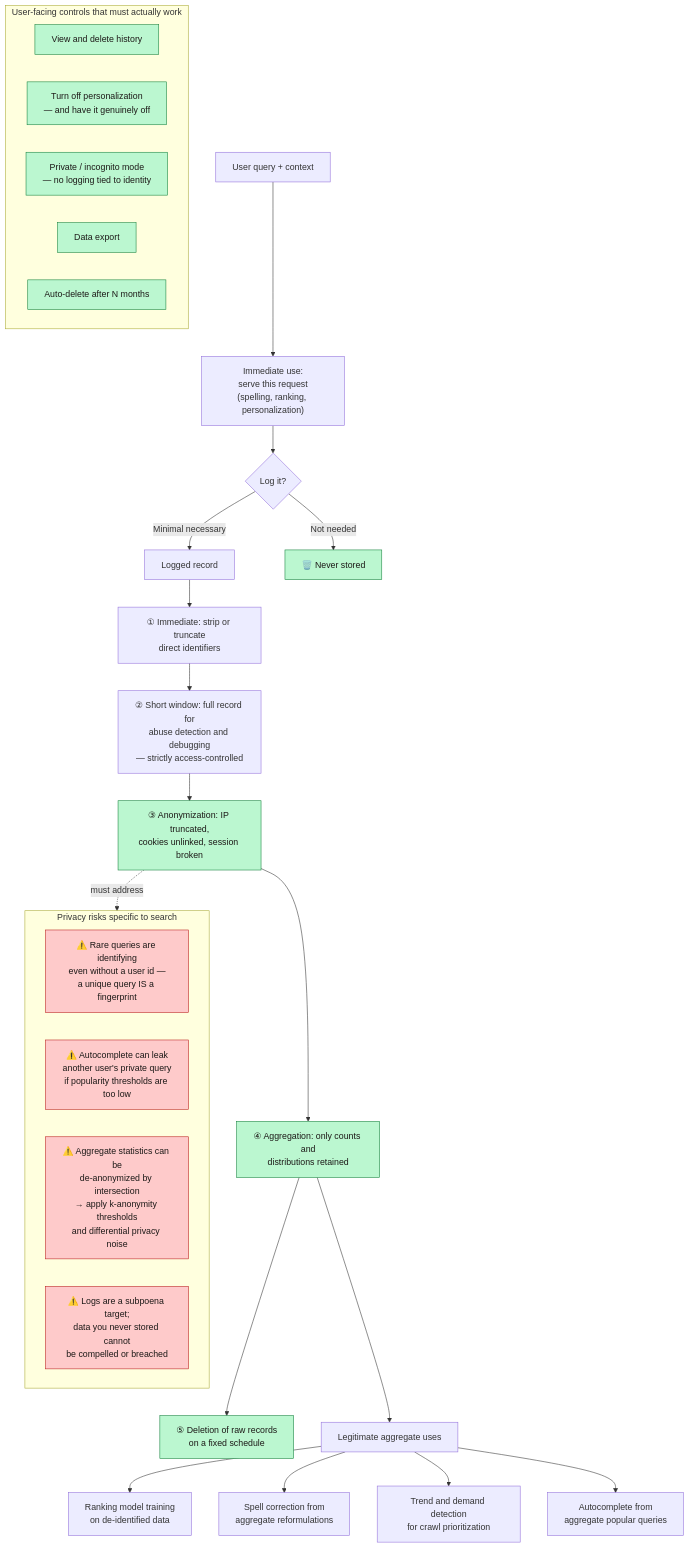
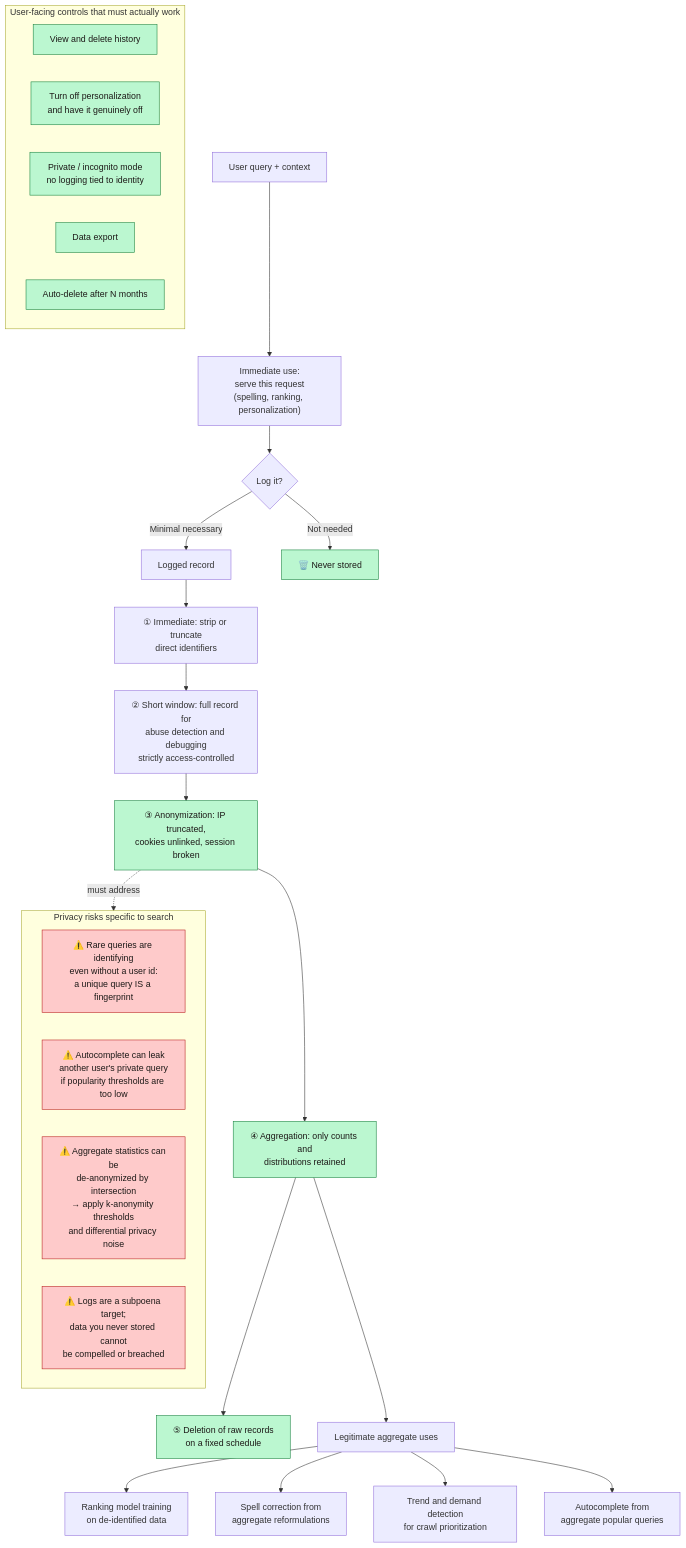
The fourth of 4 diagrams in docs/en/14-security-abuse.md (ahmedselimmansor-ctrl/google-search-system-design), drawn with Mermaid before and after one commit. The commit also changed other lines of this file and 89 other files, not shown here.

````diff
--- a/docs/en/14-security-abuse.md
+++ b/docs/en/14-security-abuse.md
@@ -205,42 +205,42 @@
 ```mermaid
 flowchart TB
     Q["User query + context"] --> USE1["Immediate use:<br/>serve this request<br/>(spelling, ranking, personalization)"]
 
     USE1 --> LOG{"Log it?"}
     LOG -->|"Minimal necessary"| L1["Logged record"]
     LOG -->|"Not needed"| DROP["🗑️ Never stored"]
 
     L1 --> P1["① Immediate: strip or truncate<br/>direct identifiers"]
-    P1 --> P2["② Short window: full record for<br/>abuse detection and debugging<br/>— strictly access-controlled"]
+    P1 --> P2["② Short window: full record for<br/>abuse detection and debugging<br/>strictly access-controlled"]
     P2 --> P3["③ Anonymization: IP truncated,<br/>cookies unlinked, session broken"]
     P3 --> P4["④ Aggregation: only counts and<br/>distributions retained"]
     P4 --> P5["⑤ Deletion of raw records<br/>on a fixed schedule"]
 
     P4 --> USES["Legitimate aggregate uses"]
     USES --> U1["Ranking model training<br/>on de-identified data"]
     USES --> U2["Spell correction from<br/>aggregate reformulations"]
     USES --> U3["Trend and demand detection<br/>for crawl prioritization"]
     USES --> U4["Autocomplete from<br/>aggregate popular queries"]
 
     subgraph CONTROLS["User-facing controls that must actually work"]
         UC1["View and delete history"]
-        UC2["Turn off personalization<br/>— and have it genuinely off"]
-        UC3["Private / incognito mode<br/>— no logging tied to identity"]
+        UC2["Turn off personalization<br/>and have it genuinely off"]
+        UC3["Private / incognito mode<br/>no logging tied to identity"]
         UC4["Data export"]
         UC5["Auto-delete after N months"]
     end
 
     subgraph RISKS["Privacy risks specific to search"]
-        R1["⚠️ Rare queries are identifying<br/>even without a user id —<br/>a unique query IS a fingerprint"]
+        R1["⚠️ Rare queries are identifying<br/>even without a user id:<br/>a unique query IS a fingerprint"]
         R2["⚠️ Autocomplete can leak<br/>another user's private query<br/>if popularity thresholds are too low"]
         R3["⚠️ Aggregate statistics can be<br/>de-anonymized by intersection<br/>→ apply k-anonymity thresholds<br/>and differential privacy noise"]
         R4["⚠️ Logs are a subpoena target;<br/>data you never stored cannot<br/>be compelled or breached"]
     end
 
     P3 -.must address.-> RISKS
 
     classDef safe fill:#bbf7d0,stroke:#15803d,color:#1c1917
     classDef risk fill:#fecaca,stroke:#b91c1c,color:#1c1917
     class DROP,P3,P4,P5,UC1,UC2,UC3,UC4,UC5 safe
     class R1,R2,R3,R4 risk
 ```
````
